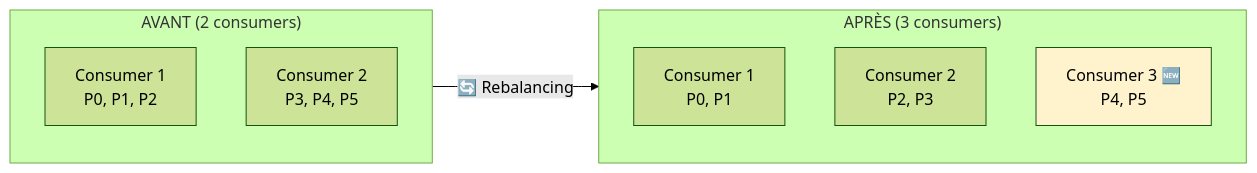
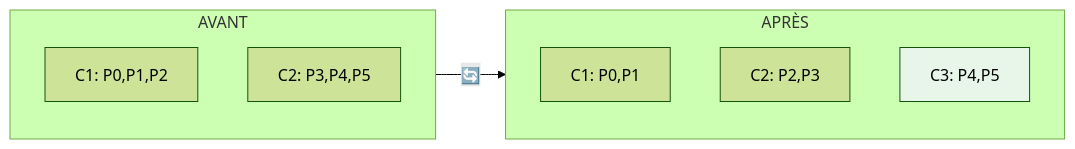
One commit to msellamiTN/kafka-bhf changed the third of 4 diagrams in formation-v2/day-02-development/module-04-advanced-patterns/README.md. Above: the diagram before and after it, drawn with Mermaid (forest theme). The commit also changed other lines of this file and 4 other files, not shown here.

Commit message:
refactor: reorganize Mermaid diagrams - more compact and readable

````diff
--- a/formation-v2/day-02-development/module-04-advanced-patterns/README.md
+++ b/formation-v2/day-02-development/module-04-advanced-patterns/README.md
@@ -126,17 +125,17 @@
 ```mermaid
 flowchart LR
-    subgraph avant["AVANT (2 consumers)"]
-        C1A["Consumer 1<br/>P0, P1, P2"]
-        C2A["Consumer 2<br/>P3, P4, P5"]
+    subgraph avant["AVANT"]
+        C1["C1: P0,P1,P2"]
+        C2["C2: P3,P4,P5"]
     end
     
-    avant -->|"🔄 Rebalancing"| apres
+    avant -->|"🔄"| apres
     
-    subgraph apres["APRÈS (3 consumers)"]
-        C1B["Consumer 1<br/>P0, P1"]
-        C2B["Consumer 2<br/>P2, P3"]
-        C3B["Consumer 3 🆕<br/>P4, P5"]
+    subgraph apres["APRÈS"]
+        C1B["C1: P0,P1"]
+        C2B["C2: P2,P3"]
+        C3B["C3: P4,P5"]
     end
     
-    style C3B fill:#fff3cd
+    style C3B fill:#e8f5e9
 ```
````
